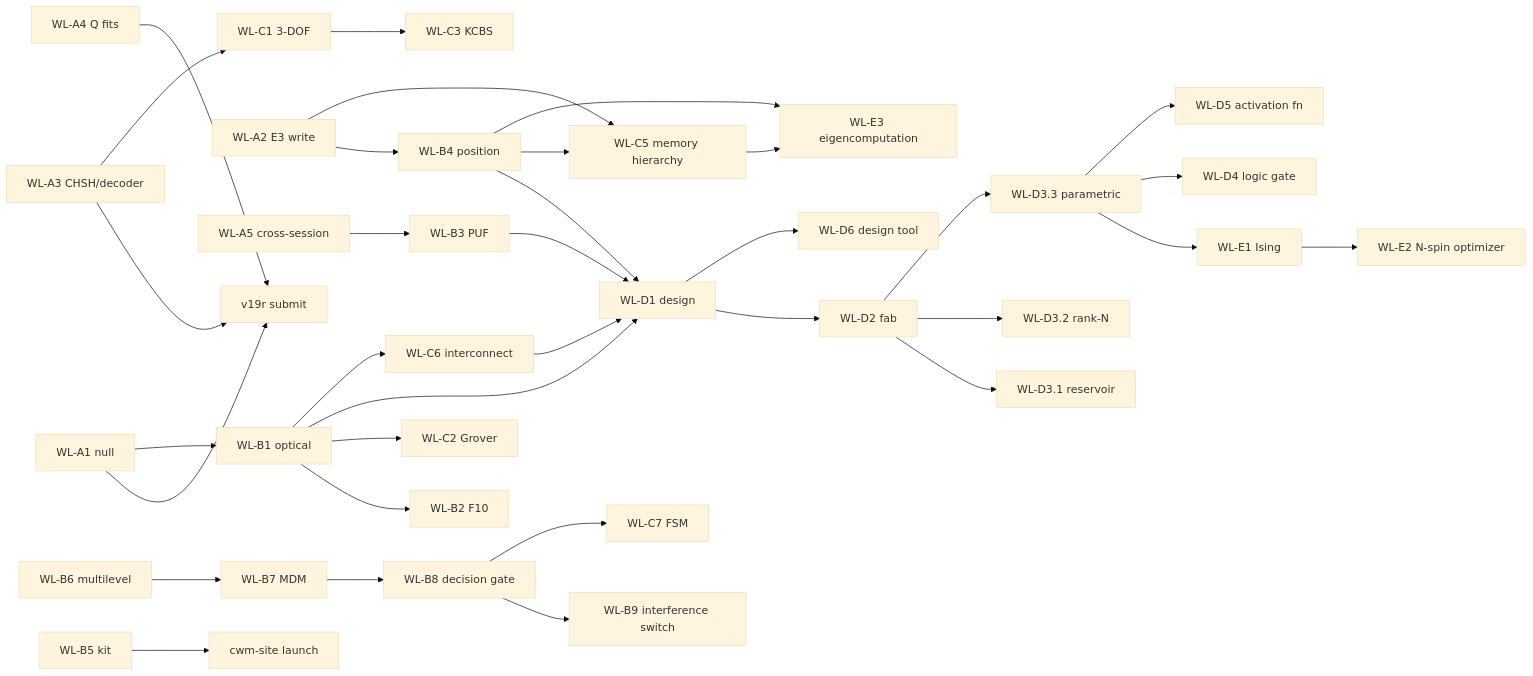
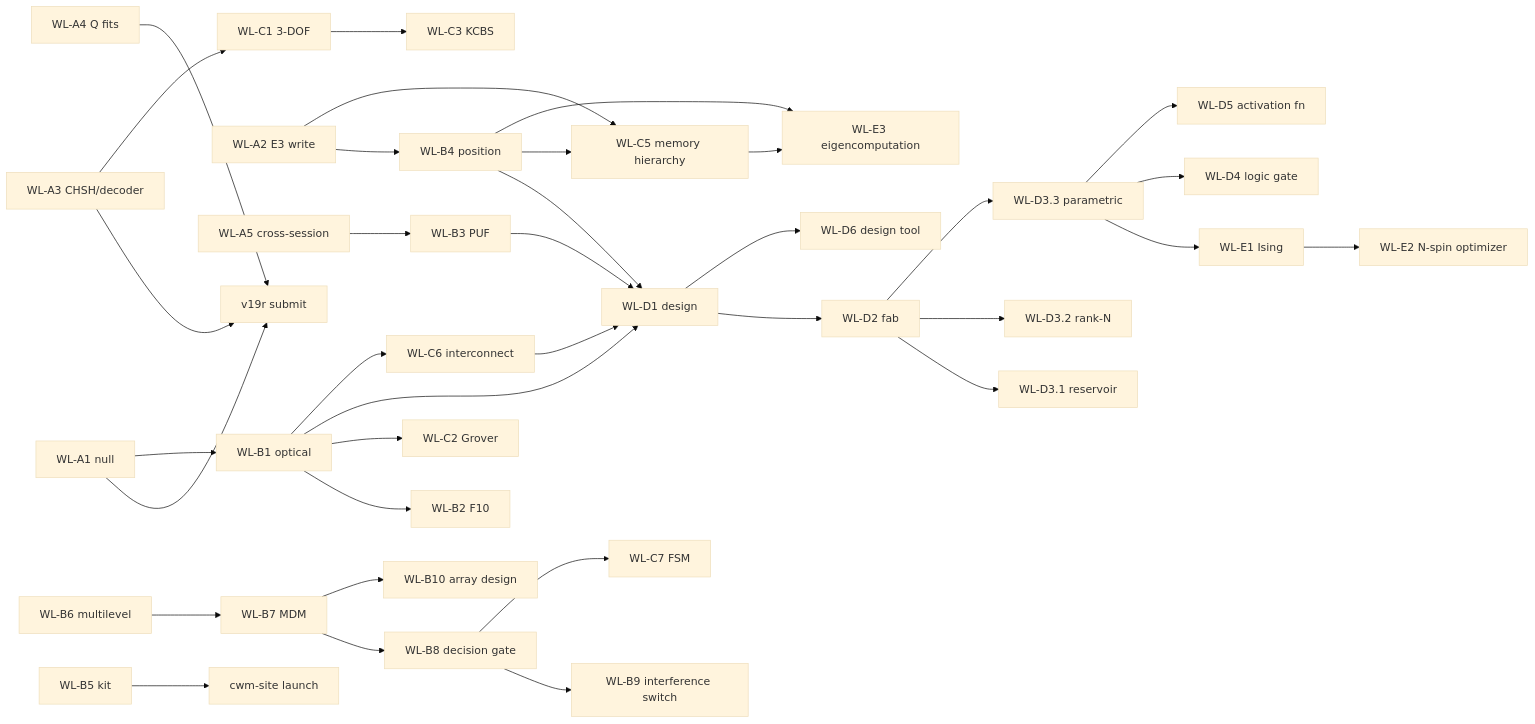
Before and after one commit to miketierce/cwm: the diagram in docs/FULL_POTENTIAL_WORKLIST.md, drawn with Mermaid (base theme). The commit also changed other lines of this file and 161 other files, not shown here.

First line of the commit message:
Adds dual compute paths to CWM architecture

````diff
--- a/docs/FULL_POTENTIAL_WORKLIST.md
+++ b/docs/FULL_POTENTIAL_WORKLIST.md
@@ -645,29 +757,30 @@
 ```mermaid
 flowchart LR
     A1[WL-A1 null] --> A6[v19r submit]
     A3[WL-A3 CHSH/decoder] --> A6
     A4[WL-A4 Q fits] --> A6
     A2[WL-A2 E3 write] --> B4[WL-B4 position]
     A5[WL-A5 cross-session] --> B3[WL-B3 PUF]
     A1 --> B1[WL-B1 optical]
     B1 --> B2[WL-B2 F10]
     B1 --> C2[WL-C2 Grover]
     A3 --> C1[WL-C1 3-DOF] --> C3[WL-C3 KCBS]
     B1 & B3 & B4 --> D1[WL-D1 design] --> D2[WL-D2 fab]
     D2 --> D31[WL-D3.1 reservoir] & D32[WL-D3.2 rank-N] & D33[WL-D3.3 parametric]
     D33 --> E1[WL-E1 Ising]
     B5[WL-B5 kit] --> site[cwm-site launch]
     %% Akhetonics-analog additions
     B6[WL-B6 multilevel] --> B7[WL-B7 MDM]
     B7 --> B8[WL-B8 decision gate]
     B8 --> B9[WL-B9 interference switch]
+    B7 --> B10[WL-B10 array design]
     B8 --> C7[WL-C7 FSM]
     A2 & B4 --> C5[WL-C5 memory hierarchy]
     B1 --> C6[WL-C6 interconnect]
     C6 --> D1
     D33 --> D4[WL-D4 logic gate]
     D33 --> D5[WL-D5 activation fn]
     D1 --> D6[WL-D6 design tool]
     E1 --> E2[WL-E2 N-spin optimizer]
     C5 & B4 --> E3[WL-E3 eigencomputation]
 ```
````
